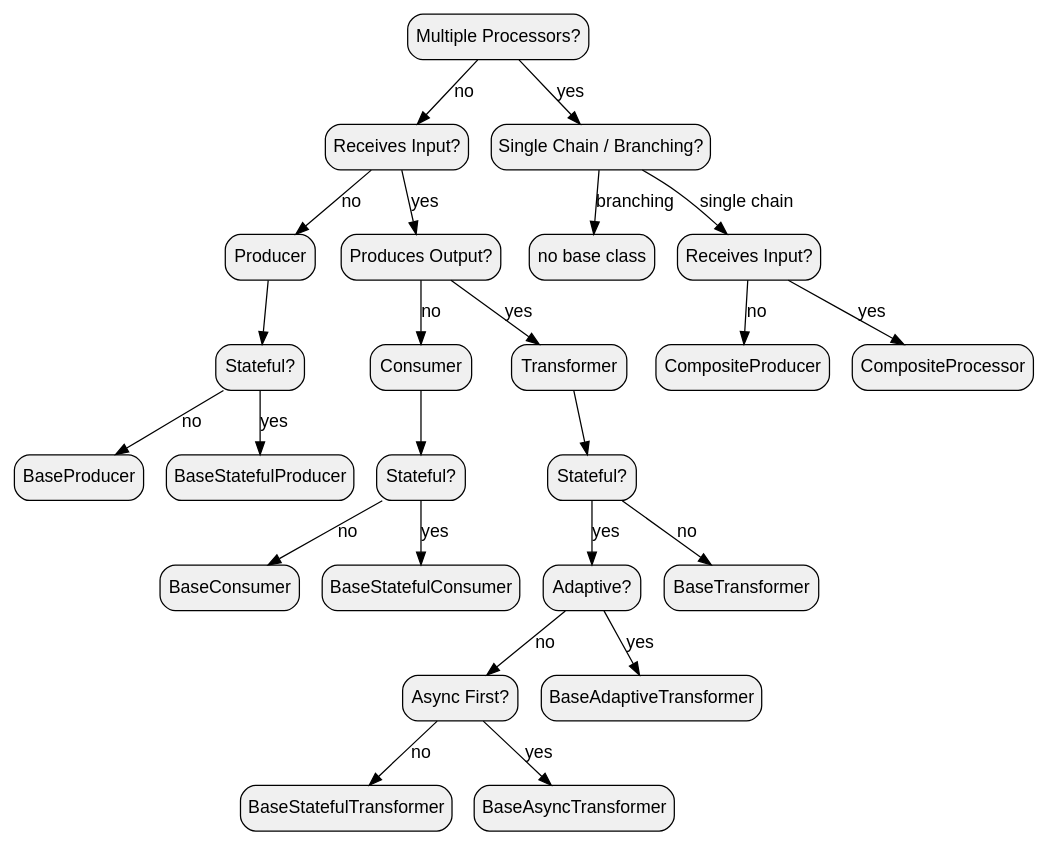
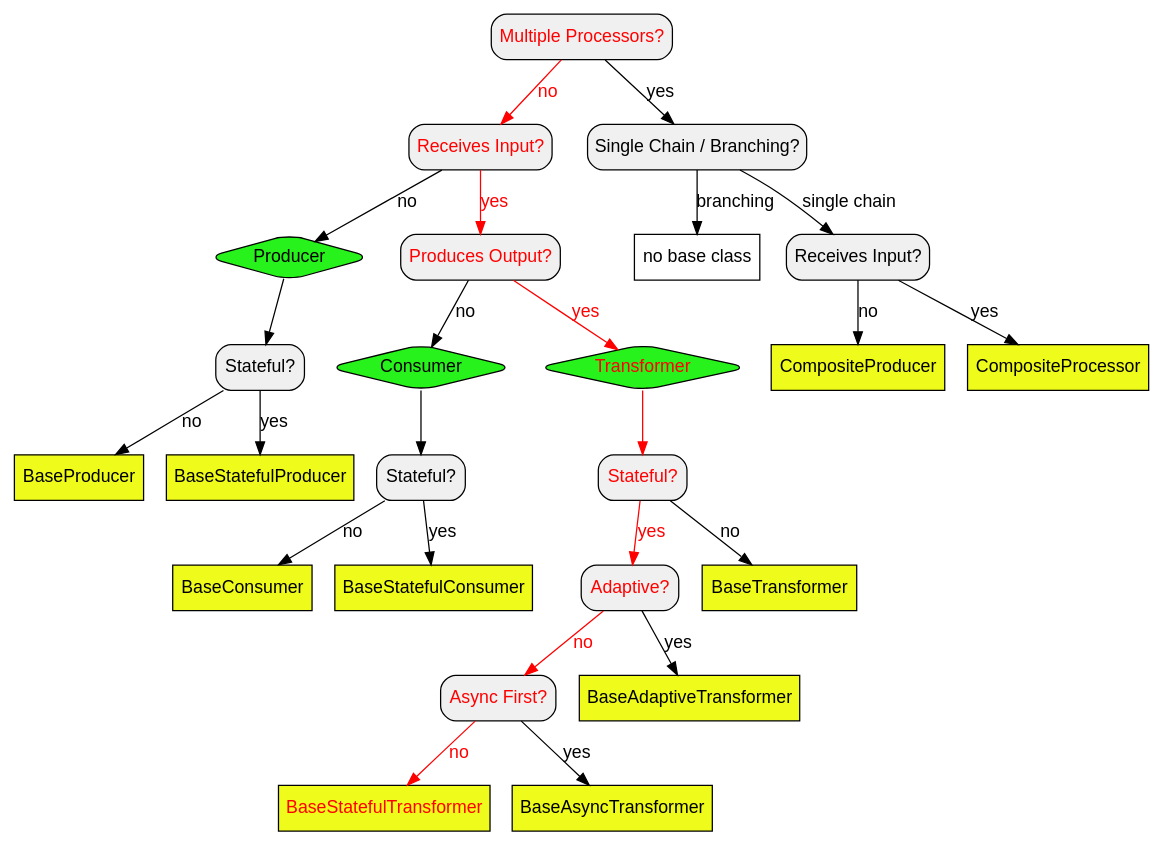
Before and after one commit to ezmsg-org/ezmsg: the diagram in docs/source/tutorials/signalprocessing.rst, drawn with Graphviz. The commit also changed other lines of this file and 13 other files, not shown here.

```diff
--- a/docs/source/tutorials/signalprocessing.rst
+++ b/docs/source/tutorials/signalprocessing.rst
@@ -16,46 +16,56 @@
 .. graphviz::
     :align: center
 
     digraph signal_processor_decision_tree {
         node [shape=box, style="rounded,filled", fillcolor="#f0f0f0", fontname="Arial"];
         edge [fontname="Arial"];
 
-        AMP [label="Multiple Processors?"];
-        ARI [label="Receives Input?"];
+        AMP [label="Multiple Processors?", fontcolor="#ff0000"];
+        ARI [label="Receives Input?", fontcolor="#ff0000"];
         ACB [label="Single Chain / Branching?"];
-        P [label="Producer"];
-        APO [label="Produces Output?"];
-        NBC [label="no base class"];
+        P [label="Producer", shape=diamond, fillcolor="#27f21cff"];
+        APO [label="Produces Output?", fontcolor="#ff0000"];
+        NBC [label="no base class", style="none"];
         ACRI [label="Receives Input?"];
-        C [label="Consumer"];
-        T [label="Transformer"];
+        C [label="Consumer", shape=diamond, fillcolor="#27f21cff"];
+        T [label="Transformer", shape=diamond, fillcolor="#27f21cff", fontcolor="#ff0000"];
         PS [label="Stateful?"];
         CS [label="Stateful?"];
-        TS [label="Stateful?"];
-        TSA [label="Adaptive?"];
-        TSAF [label="Async First?"];
+        TS [label="Stateful?", fontcolor="#ff0000"];
+        TSA [label="Adaptive?", fontcolor="#ff0000"];
+        TSAF [label="Async First?", fontcolor="#ff0000"];
+        CompositeProducer [style="none, filled", fillcolor="#effb1aff"];
+        CompositeProcessor [style="none, filled", fillcolor="#effb1aff"];
+        BaseProducer [style="none, filled", fillcolor="#effb1aff"];
+        BaseStatefulProducer [style="none, filled", fillcolor="#effb1aff"];
+        BaseConsumer [style="none, filled", fillcolor="#effb1aff"];
+        BaseStatefulConsumer [style="none, filled", fillcolor="#effb1aff"];
+        BaseTransformer [style="none, filled", fillcolor="#effb1aff"];
+        BaseAdaptiveTransformer [style="none, filled", fillcolor="#effb1aff"];
+        BaseStatefulTransformer [style="none, filled", fillcolor="#effb1aff", fontcolor="#ff0000"];
+        BaseAsyncTransformer [style="none, filled", fillcolor="#effb1aff"];
 
-        AMP -> ARI [label="no"];
+        AMP -> ARI [label="no", color="#ff0000", fontcolor="#ff0000"];
         AMP -> ACB [label="yes"];
         ARI -> P [label="no"];
-        ARI -> APO [label="yes"];
+        ARI -> APO [label="yes", color="#ff0000", fontcolor="#ff0000"];
         ACB -> NBC [label="branching"];
         ACB -> ACRI [label="single chain"];
         P -> PS;
         APO -> C [label="no"];
-        APO -> T [label="yes"];
+        APO -> T [label="yes", color="#ff0000", fontcolor="#ff0000"];
         ACRI -> CompositeProducer [label="no"];
         ACRI -> CompositeProcessor [label="yes"];
         PS -> BaseProducer [label="no"];
         PS -> BaseStatefulProducer [label="yes"];
         C -> CS;
-        T -> TS;
+        T -> TS [color="#ff0000", fontcolor="#ff0000"];
         CS -> BaseConsumer [label="no"];
         CS -> BaseStatefulConsumer [label="yes"];
         TS -> BaseTransformer [label="no"];
-        TS -> TSA [label="yes"];
-        TSA -> TSAF [label="no"];
+        TS -> TSA [label="yes", color="#ff0000", fontcolor="#ff0000"];
+        TSA -> TSAF [label="no", color="#ff0000", fontcolor="#ff0000"];
         TSA -> BaseAdaptiveTransformer [label="yes"];
-        TSAF -> BaseStatefulTransformer [label="no"];
+        TSAF -> BaseStatefulTransformer [label="no", color="#ff0000", fontcolor="#ff0000"];
         TSAF -> BaseAsyncTransformer [label="yes"];
     }
```
